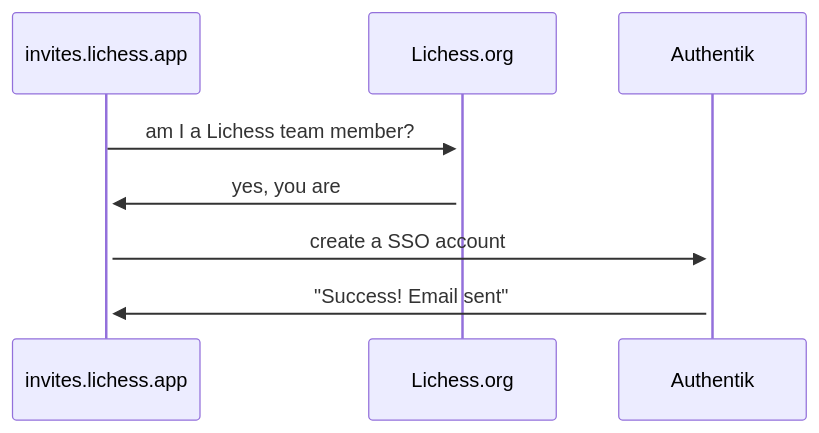
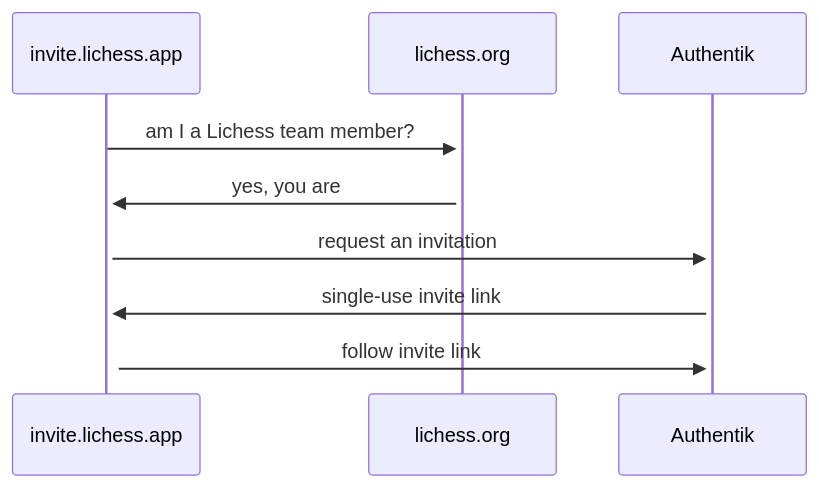
One commit to lichess-org/team changed the diagram in README.md. Above: the diagram before and after it, drawn with Mermaid.

Commit message:
tweak mermaid diagram

````diff
--- a/README.md
+++ b/README.md
@@ -1,7 +1,8 @@
 ```mermaid
 sequenceDiagram
-    invites.lichess.app->>+Lichess.org: am I a Lichess team member?
-    Lichess.org->>+invites.lichess.app: yes, you are
-    invites.lichess.app->>+Authentik: create a SSO account
-    Authentik->>+invites.lichess.app: "Success! Email sent"
+    invite.lichess.app->>+lichess.org: am I a Lichess team member?
+    lichess.org->>+invite.lichess.app: yes, you are
+    invite.lichess.app->>+Authentik: request an invitation
+    Authentik->>+invite.lichess.app: single-use invite link
+    invite.lichess.app->>+Authentik: follow invite link
 ```
````
